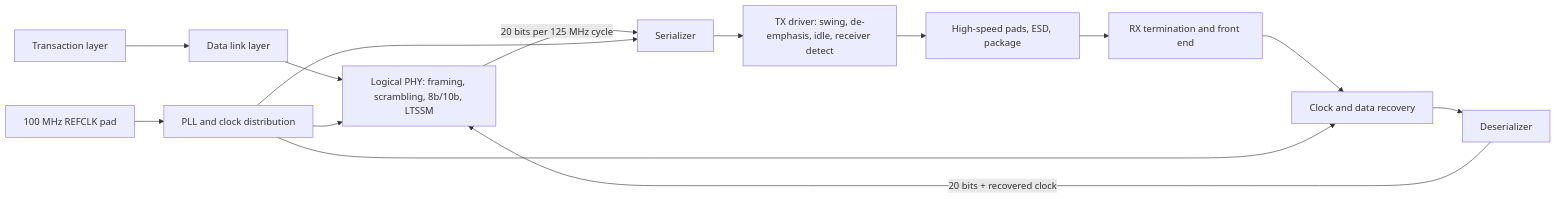
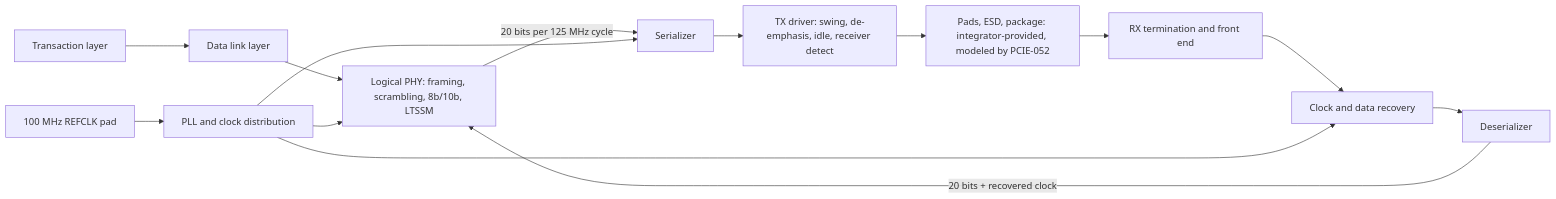
The diagram in docs/phy-architecture.md (JesseSme/jsm_pcie), drawn with Mermaid before and after one commit. The commit also changed other lines of this file and 22 other files, not shown here.

````diff
--- a/docs/phy-architecture.md
+++ b/docs/phy-architecture.md
@@ -7,16 +7,16 @@
 ```mermaid
 flowchart LR
     TL[Transaction layer] --> DL[Data link layer]
     DL --> LP[Logical PHY: framing, scrambling, 8b/10b, LTSSM]
     LP -->|20 bits per 125 MHz cycle| SER[Serializer]
     SER --> TXD[TX driver: swing, de-emphasis, idle, receiver detect]
-    TXD --> PADS[High-speed pads, ESD, package]
+    TXD --> PADS[Pads, ESD, package: integrator-provided, modeled by PCIE-052]
     PADS --> RXF[RX termination and front end]
     RXF --> CDR[Clock and data recovery]
     CDR --> DES[Deserializer]
     DES -->|20 bits + recovered clock| LP
     REF[100 MHz REFCLK pad] --> PLL[PLL and clock distribution]
     PLL --> SER
     PLL --> CDR
     PLL --> LP
 ```
````
